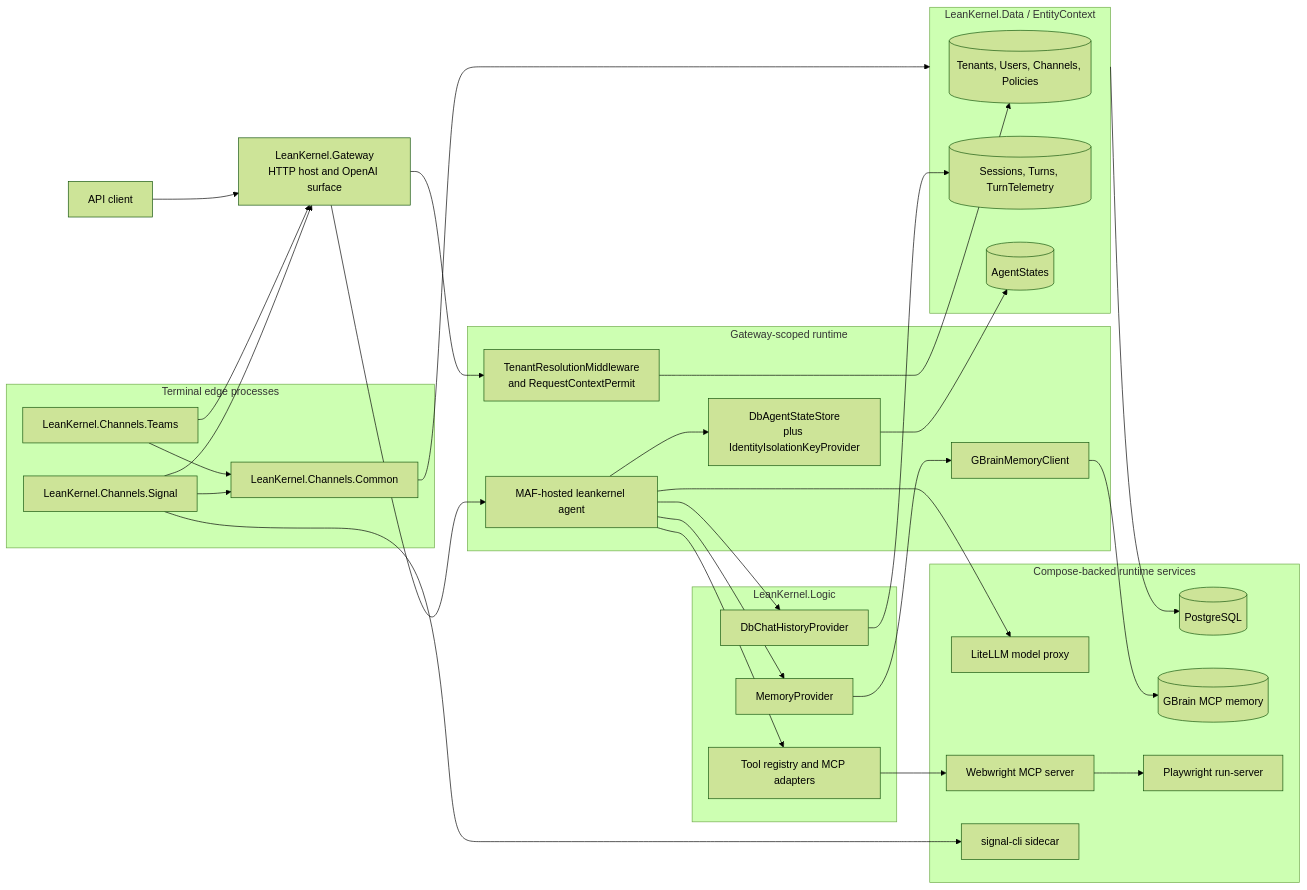
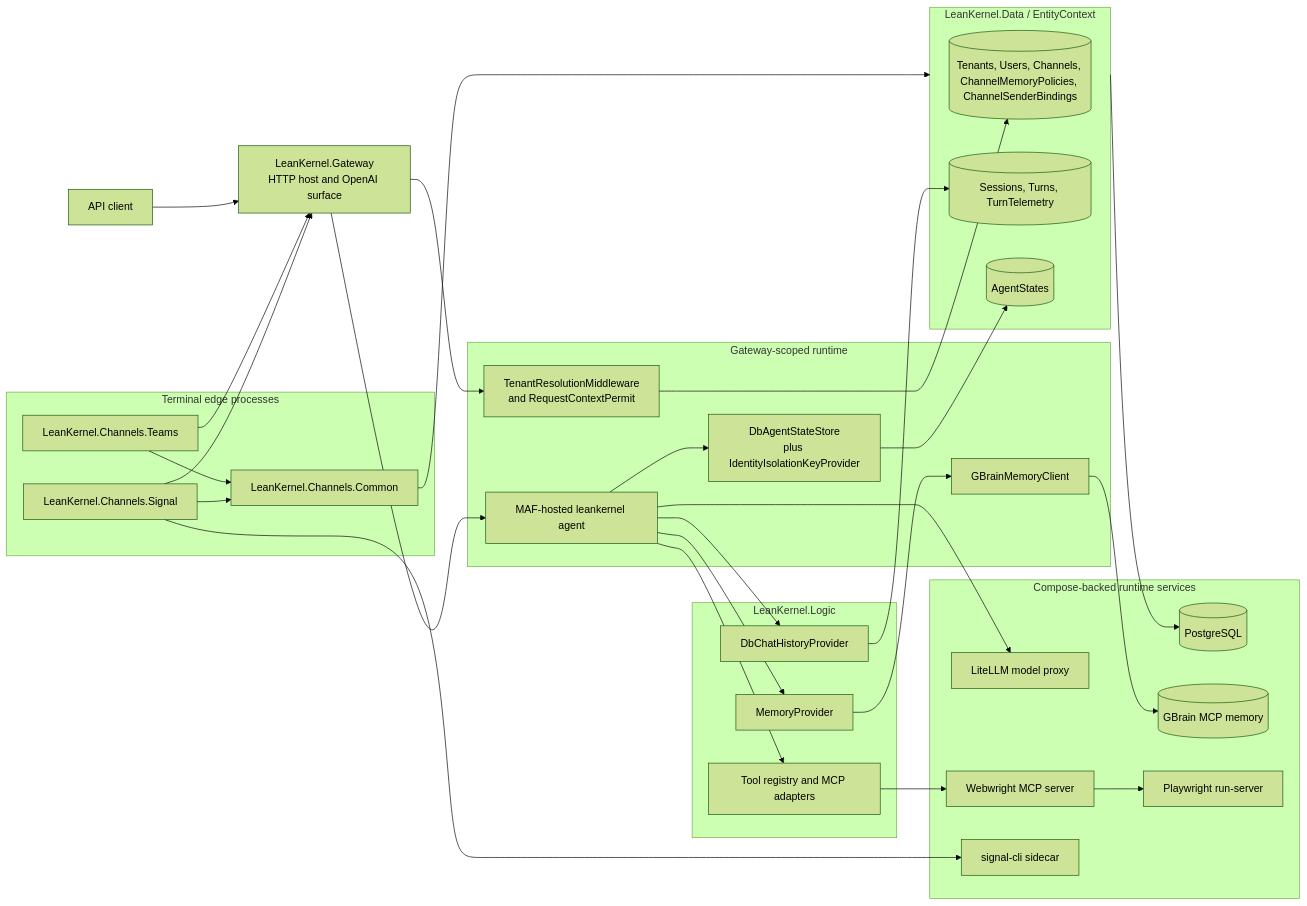
One commit to achingono/leankernel changed the first of 2 diagrams in docs/architecture/system-overview.md. Above: the diagram before and after it, drawn with Mermaid (forest theme). The commit also changed 33 other files, not shown here.

````diff
--- a/docs/architecture/system-overview.md
+++ b/docs/architecture/system-overview.md
@@ -16,60 +16,60 @@
 ```mermaid
 flowchart LR
     Client[API client] --> Gateway[LeanKernel.Gateway\nHTTP host and OpenAI surface]
 
     subgraph GatewayRuntime[Gateway-scoped runtime]
         Middleware[TenantResolutionMiddleware\nand RequestContextPermit]
         AgentHost[MAF-hosted leankernel agent]
         SessionStore[DbAgentStateStore\nplus IdentityIsolationKeyProvider]
         GBrainClient[GBrainMemoryClient]
     end
 
     subgraph LogicRuntime[LeanKernel.Logic]
         History[DbChatHistoryProvider]
         Memory[MemoryProvider]
         Tooling[Tool registry and MCP adapters]
     end
 
     subgraph Persistence[LeanKernel.Data / EntityContext]
-        IdentityData[(Tenants, Users, Channels, Policies)]
+        IdentityData[(Tenants, Users, Channels, ChannelMemoryPolicies, ChannelSenderBindings)]
         TranscriptData[(Sessions, Turns, TurnTelemetry)]
         AgentStateData[(AgentStates)]
     end
 
     subgraph RuntimeServices[Compose-backed runtime services]
         Db[(PostgreSQL)]
         LiteLLM[LiteLLM model proxy]
         GBrain[(GBrain MCP memory)]
         Webwright[Webwright MCP server]
         Playwright[Playwright run-server]
         SignalCli[signal-cli sidecar]
     end
 
     subgraph EdgeHosts[Terminal edge processes]
         Signal[LeanKernel.Channels.Signal]
         Teams[LeanKernel.Channels.Teams]
         Shared[LeanKernel.Channels.Common]
     end
 
     Gateway --> Middleware
     Gateway --> AgentHost
     AgentHost --> History
     AgentHost --> Memory
     AgentHost --> Tooling
     AgentHost --> SessionStore
     Middleware --> IdentityData
     History --> TranscriptData
     SessionStore --> AgentStateData
     Memory --> GBrainClient
     GBrainClient --> GBrain
     AgentHost --> LiteLLM
     Tooling --> Webwright
     Webwright --> Playwright
     Persistence --> Db
     Signal --> Shared
     Teams --> Shared
     Shared --> Persistence
     Signal --> Gateway
     Teams --> Gateway
     Signal --> SignalCli
 ```
````
